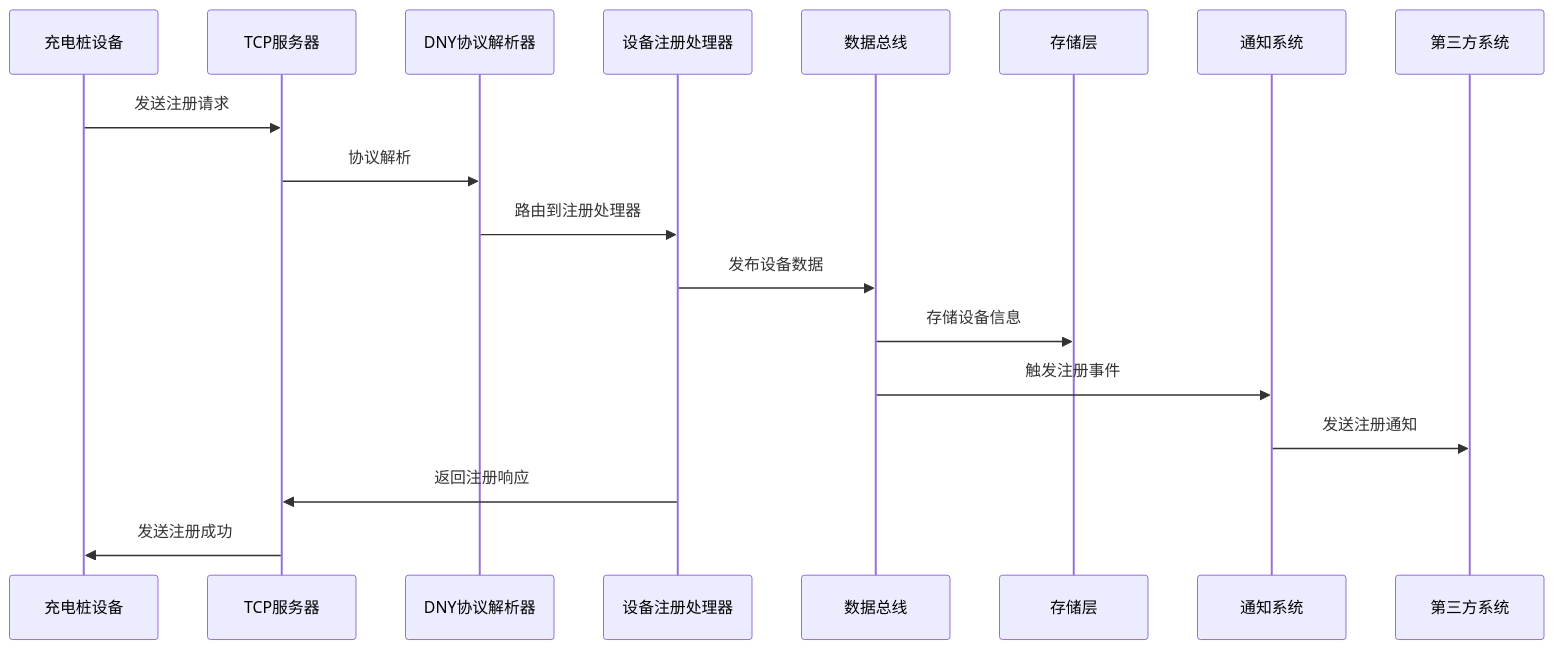
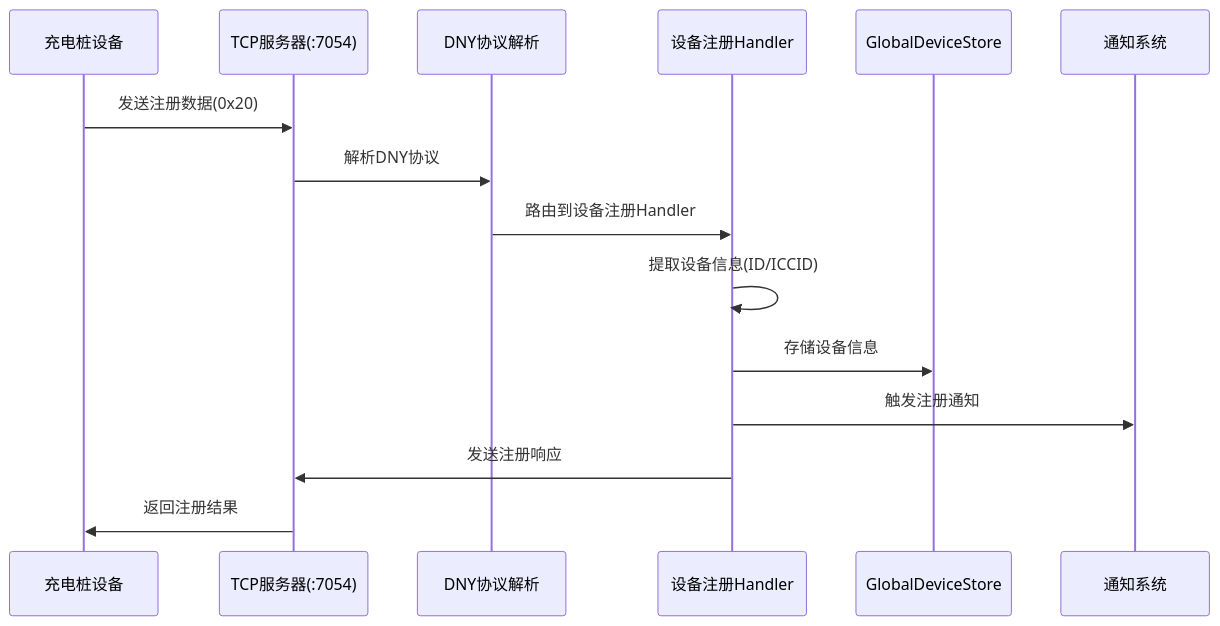
Before and after one commit to taoyao-code/iot-zinx: the second of 9 diagrams in docs/完整系统架构图.md, drawn with Mermaid. The commit also changed other lines of this file and 3 other files, not shown here.

````diff
--- a/docs/完整系统架构图.md
+++ b/docs/完整系统架构图.md
@@ -129,21 +89,18 @@
 ```mermaid
 sequenceDiagram
     participant Device as 充电桩设备
-    participant TCP as TCP服务器
-    participant DNY as DNY协议解析器
-    participant Handler as 设备注册处理器
-    participant DataBus as 数据总线
-    participant Storage as 存储层
+    participant TCP as TCP服务器(:7054)
+    participant DNY as DNY协议解析
+    participant Handler as 设备注册Handler
+    participant Store as GlobalDeviceStore
     participant Notification as 通知系统
-    participant Third as 第三方系统
 
-    Device->>TCP: 发送注册请求
-    TCP->>DNY: 协议解析
-    DNY->>Handler: 路由到注册处理器
-    Handler->>DataBus: 发布设备数据
-    DataBus->>Storage: 存储设备信息
-    DataBus->>Notification: 触发注册事件
-    Notification->>Third: 发送注册通知
-    Handler->>TCP: 返回注册响应
-    TCP->>Device: 发送注册成功
+    Device->>TCP: 发送注册数据(0x20)
+    TCP->>DNY: 解析DNY协议
+    DNY->>Handler: 路由到设备注册Handler
+    Handler->>Handler: 提取设备信息(ID/ICCID)
+    Handler->>Store: 存储设备信息
+    Handler->>Notification: 触发注册通知
+    Handler->>TCP: 发送注册响应
+    TCP->>Device: 返回注册结果
 ```
````
